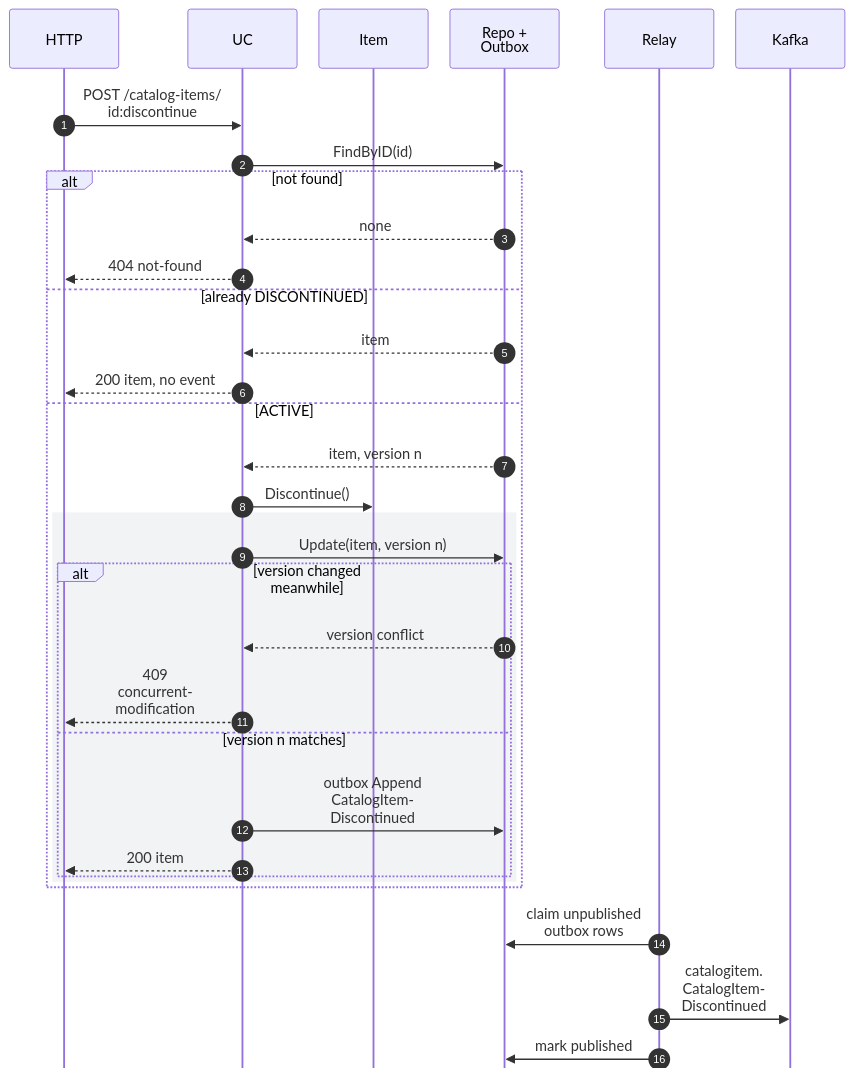
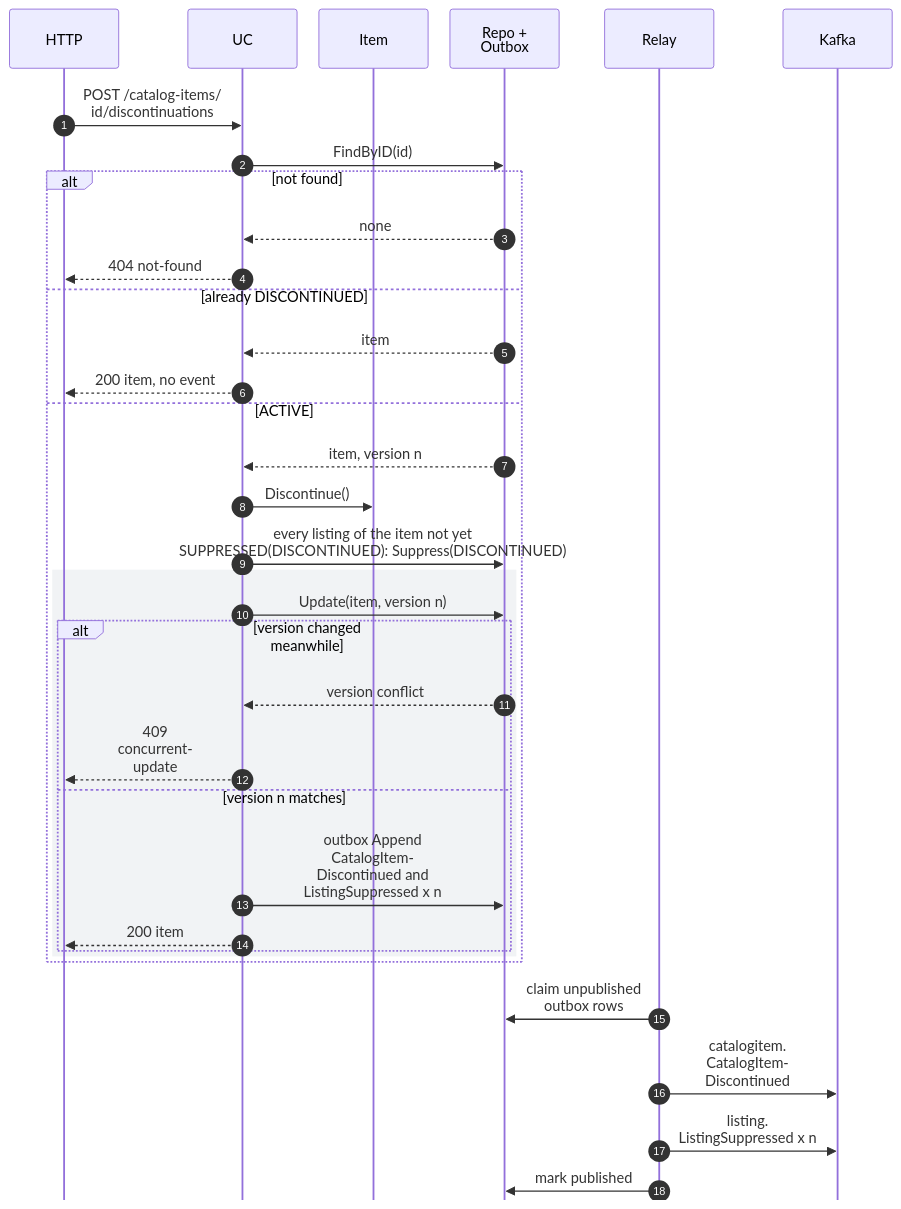
The second of 7 diagrams in network/docs/contexts/offer-availability/sequence-diagrams.md (IQVO/warehouse-docs), drawn with Mermaid before and after one commit. The commit also changed other lines of this file and 10 other files, not shown here.

````diff
--- a/network/docs/contexts/offer-availability/sequence-diagrams.md
+++ b/network/docs/contexts/offer-availability/sequence-diagrams.md
@@ -76,36 +76,38 @@
 ```mermaid
 %%{init: {"sequence": {"wrap": true, "width": 120, "actorMargin": 24, "messageMargin": 28, "boxMargin": 6, "noteMargin": 6, "mirrorActors": false}}}%%
 sequenceDiagram
     autonumber
     participant HTTP
     participant UC as UC
     participant AG as Item
     participant DB as Repo + Outbox
     participant Relay
     participant Kafka
-    HTTP->>UC: POST /catalog-items/<br/>id:discontinue
+    HTTP->>UC: POST /catalog-items/<br/>id/discontinuations
     UC->>DB: FindByID(id)
     alt not found
         DB-->>UC: none
         UC-->>HTTP: 404 not-found
     else already DISCONTINUED
         DB-->>UC: item
         UC-->>HTTP: 200 item, no event
     else ACTIVE
         DB-->>UC: item, version n
         UC->>AG: Discontinue()
+        UC->>DB: every listing of the item not yet<br/>SUPPRESSED(DISCONTINUED): Suppress(DISCONTINUED)
         rect rgb(241, 243, 245)
             UC->>DB: Update(item, version n)
             alt version changed meanwhile
                 DB-->>UC: version conflict
-                UC-->>HTTP: 409<br/>concurrent-<br/>modification
+                UC-->>HTTP: 409<br/>concurrent-<br/>update
             else version n matches
-                UC->>DB: outbox Append<br/>CatalogItem-<br/>Discontinued
+                UC->>DB: outbox Append<br/>CatalogItem-<br/>Discontinued and<br/>ListingSuppressed x n
                 UC-->>HTTP: 200 item
             end
         end
     end
     Relay->>DB: claim unpublished<br/>outbox rows
     Relay->>Kafka: catalogitem.<br/>CatalogItem-<br/>Discontinued
+    Relay->>Kafka: listing.<br/>ListingSuppressed x n
     Relay->>DB: mark published
 ```
````
